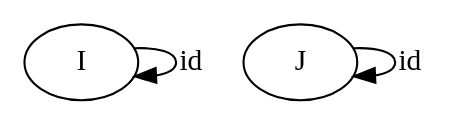
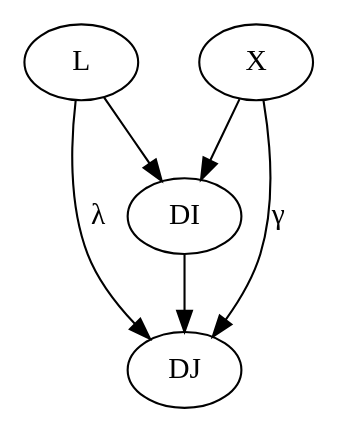
The diagram in study/category/img/12.dot (yugeta/cympfh.github.io), drawn with Graphviz before and after one commit. The commit also changed 44 other files, not shown here.

```diff
--- a/study/category/img/12.dot
+++ b/study/category/img/12.dot
@@ -1,5 +1,9 @@
 digraph {
-  x -> x [label="id"]; y -> y [label="id"];
-  x [label="I"];
-  y [label="J"];
+  node[group=a];
+  L -> DI;
+  X -> DI;
+  L -> DJ [label="λ"];
+  X -> DJ [label="γ"];
+  node[group=c];
+  DI -> DJ;
 }
```
